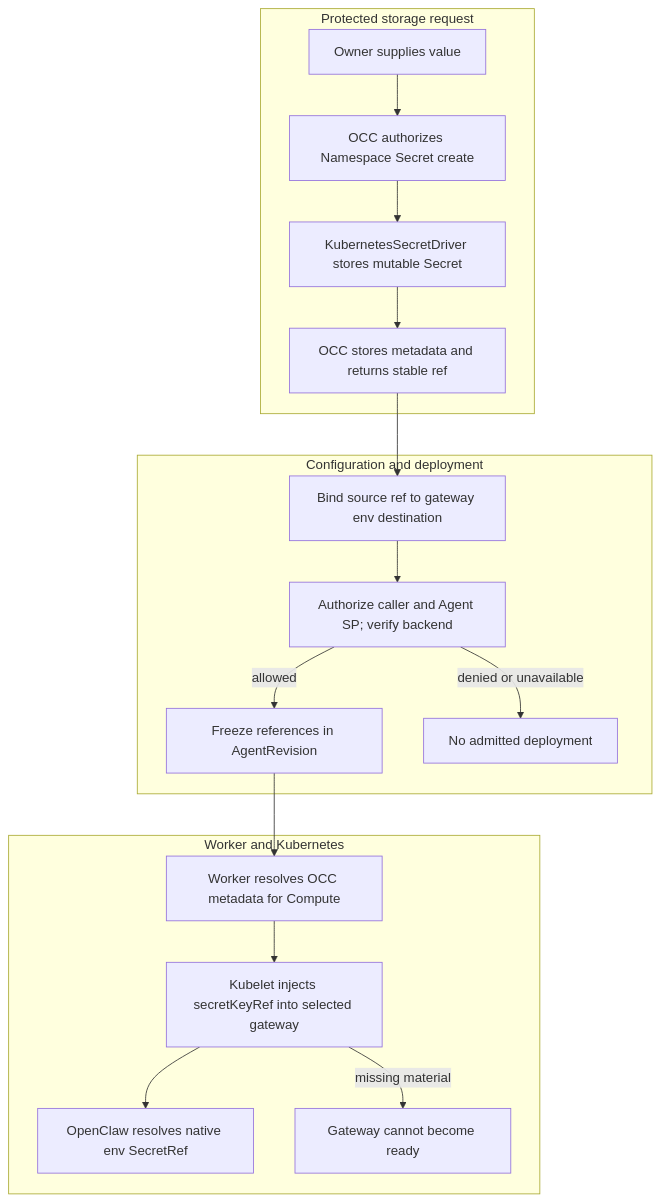
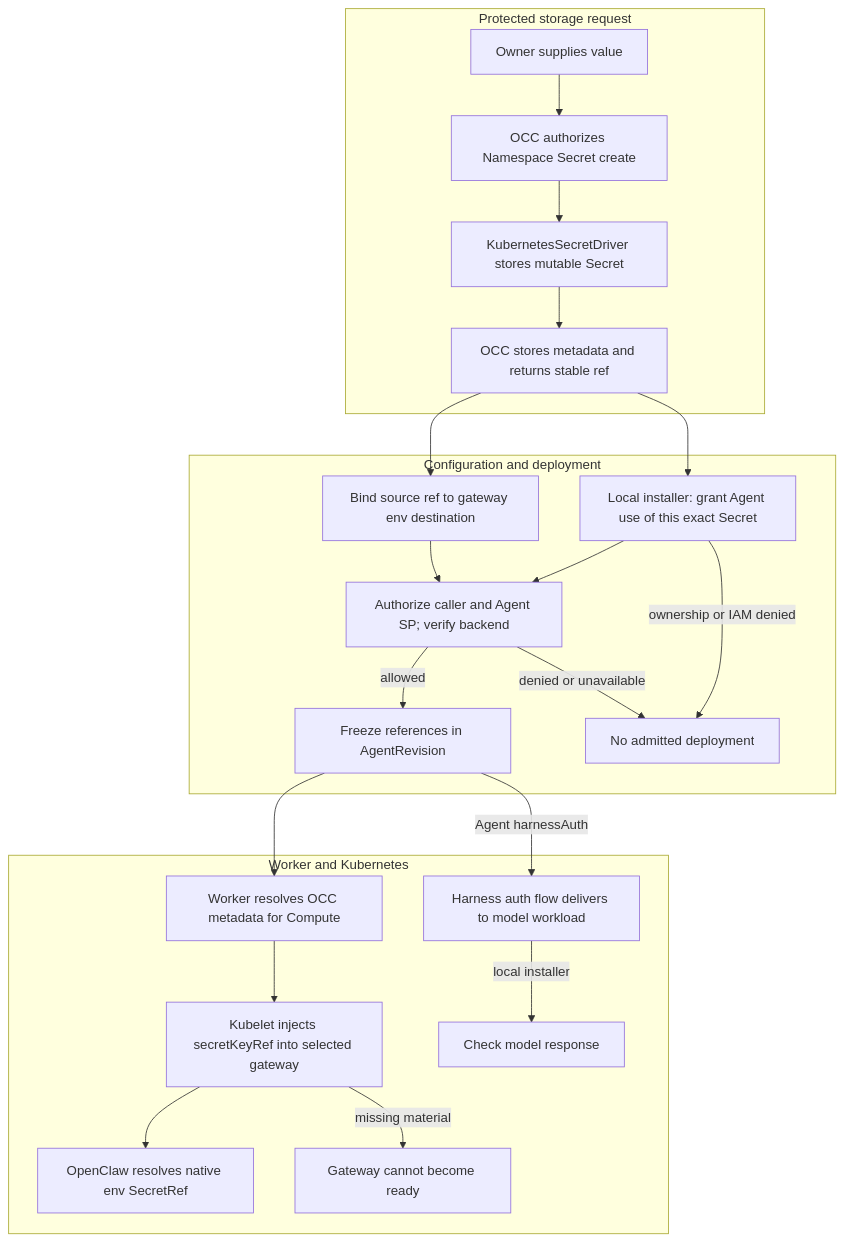
Before and after one commit to IsaiahStapleton/openclaw-enterprise: the diagram in docs/flows/secret-storage-and-delivery.md, drawn with Mermaid. The commit also changed other lines of this file and 83 other files, not shown here.

````diff
--- a/docs/flows/secret-storage-and-delivery.md
+++ b/docs/flows/secret-storage-and-delivery.md
@@ -35,20 +37,25 @@
 ```mermaid
 graph TD
   subgraph Storage["Protected storage request"]
     A["Owner supplies value"] --> B["OCC authorizes Namespace Secret create"]
     B --> C["KubernetesSecretDriver stores mutable Secret"]
     C --> D["OCC stores metadata and returns stable ref"]
   end
   subgraph Admission["Configuration and deployment"]
     D --> E["Bind source ref to gateway env destination"]
     E --> F["Authorize caller and Agent SP; verify backend"]
     F -->|allowed| G["Freeze references in AgentRevision"]
     F -->|denied or unavailable| X["No admitted deployment"]
+    D --> L["Local installer: grant Agent use of this exact Secret"]
+    L --> F
+    L -->|ownership or IAM denied| X
   end
   subgraph Runtime["Worker and Kubernetes"]
     G --> H["Worker resolves OCC metadata for Compute"]
     H --> I["Kubelet injects secretKeyRef into selected gateway"]
     I --> J["OpenClaw resolves native env SecretRef"]
     I -->|missing material| Y["Gateway cannot become ready"]
+    G -->|Agent harnessAuth| W["Harness auth flow delivers to model workload"]
+    W -->|local installer| V["Check model response"]
   end
 ```
````
